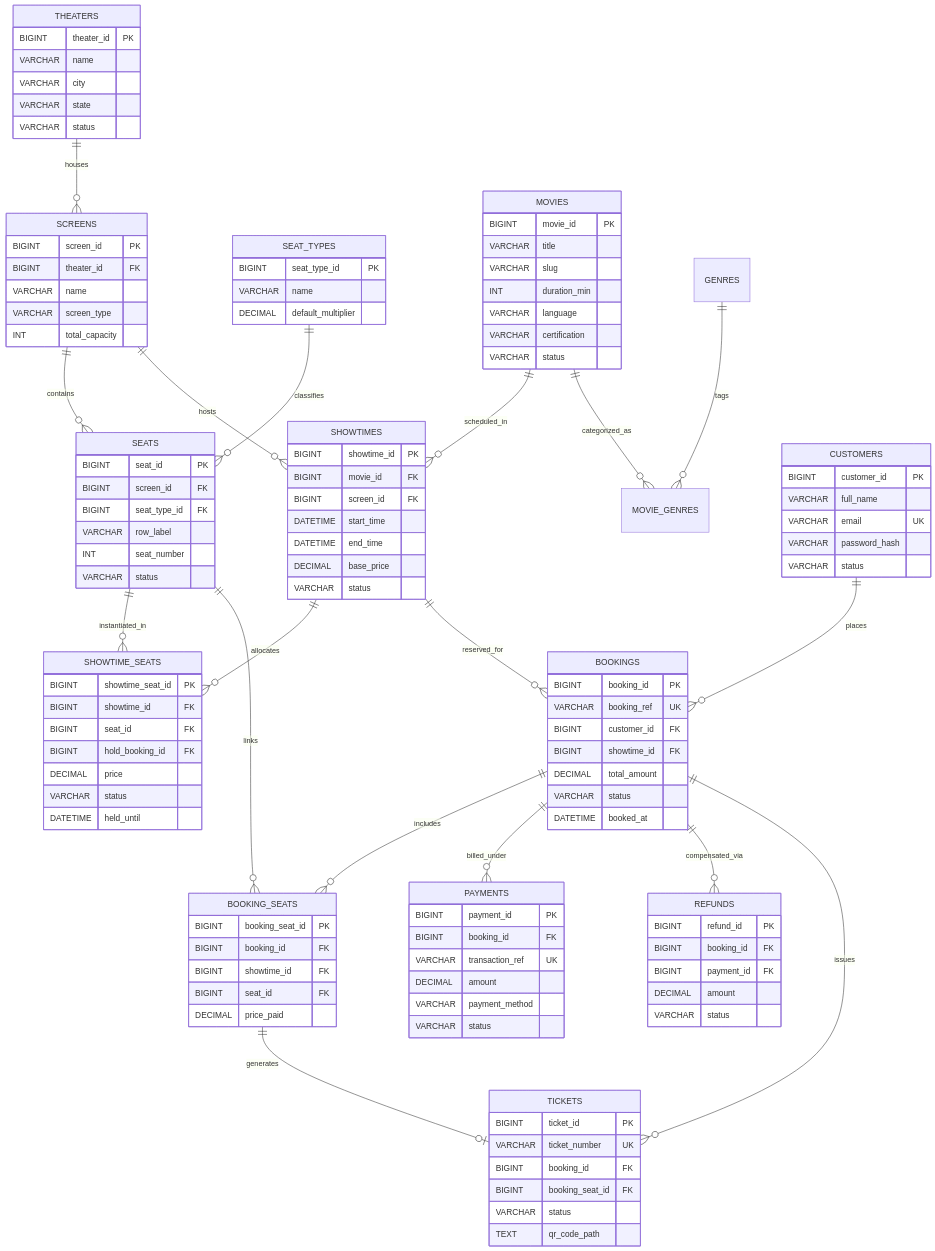
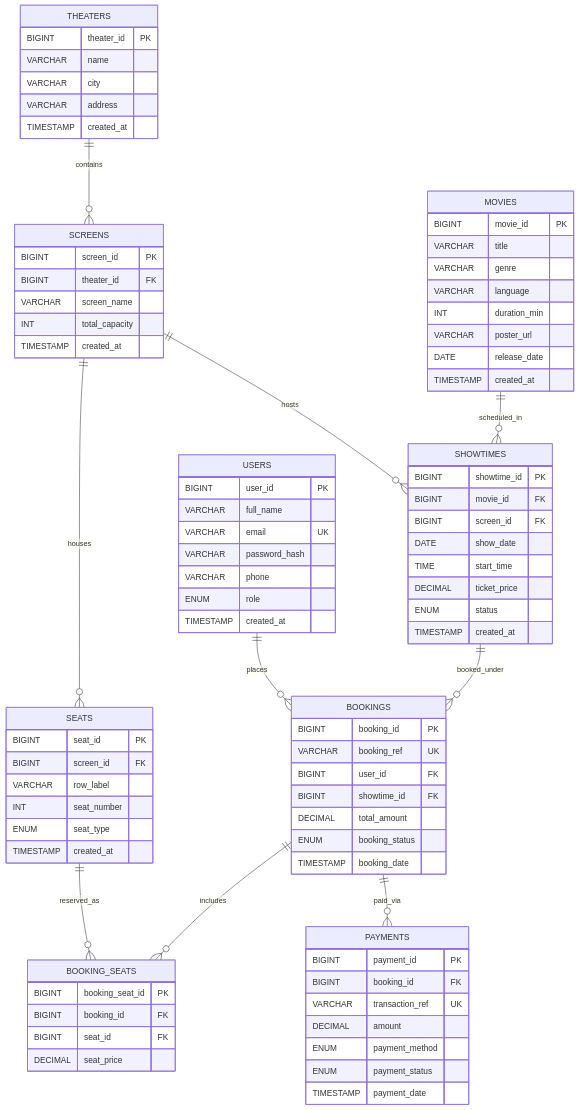
One commit to madhukarnitp/MovieThreaterSeatBookingManager changed the diagram in README.md. Above: the diagram before and after it, drawn with Mermaid. The commit also changed other lines of this file and 13 other files, not shown here.

Commit message:
Refine project implementation: simplify UI, fix navbar shake, and standardize DBMS schema

````diff
--- a/README.md
+++ b/README.md
@@ -240,121 +25,96 @@
 ```mermaid
 erDiagram
-    THEATERS ||--o{ SCREENS : "houses"
-    SCREENS ||--o{ SEATS : "contains"
+    THEATERS ||--o{ SCREENS : "contains"
+    SCREENS ||--o{ SEATS : "houses"
     SCREENS ||--o{ SHOWTIMES : "hosts"
-    SEAT_TYPES ||--o{ SEATS : "classifies"
     MOVIES ||--o{ SHOWTIMES : "scheduled_in"
-    MOVIES ||--o{ MOVIE_GENRES : "categorized_as"
-    GENRES ||--o{ MOVIE_GENRES : "tags"
-    SHOWTIMES ||--o{ SHOWTIME_SEATS : "allocates"
-    SEATS ||--o{ SHOWTIME_SEATS : "instantiated_in"
-    CUSTOMERS ||--o{ BOOKINGS : "places"
-    SHOWTIMES ||--o{ BOOKINGS : "reserved_for"
+    USERS ||--o{ BOOKINGS : "places"
+    SHOWTIMES ||--o{ BOOKINGS : "booked_under"
     BOOKINGS ||--o{ BOOKING_SEATS : "includes"
-    SEATS ||--o{ BOOKING_SEATS : "links"
-    BOOKINGS ||--o{ PAYMENTS : "billed_under"
-    BOOKINGS ||--o{ REFUNDS : "compensated_via"
-    BOOKINGS ||--o{ TICKETS : "issues"
-    BOOKING_SEATS ||--o| TICKETS : "generates"
+    SEATS ||--o{ BOOKING_SEATS : "reserved_as"
+    BOOKINGS ||--o{ PAYMENTS : "paid_via"
+
+    USERS {
+        BIGINT user_id PK
+        VARCHAR full_name
+        VARCHAR email UK
+        VARCHAR password_hash
+        VARCHAR phone
+        ENUM role
+        TIMESTAMP created_at
+    }
 
     THEATERS {
         BIGINT theater_id PK
         VARCHAR name
         VARCHAR city
-        VARCHAR state
-        VARCHAR status
+        VARCHAR address
+        TIMESTAMP created_at
     }
+
     SCREENS {
         BIGINT screen_id PK
         BIGINT theater_id FK
-        VARCHAR name
-        VARCHAR screen_type
+        VARCHAR screen_name
         INT total_capacity
+        TIMESTAMP created_at
     }
-    SEAT_TYPES {
-        BIGINT seat_type_id PK
-        VARCHAR name
-        DECIMAL default_multiplier
-    }
+
     SEATS {
         BIGINT seat_id PK
         BIGINT screen_id FK
-        BIGINT seat_type_id FK
         VARCHAR row_label
         INT seat_number
-        VARCHAR status
+        ENUM seat_type
+        TIMESTAMP created_at
     }
+
     MOVIES {
         BIGINT movie_id PK
         VARCHAR title
-        VARCHAR slug
+        VARCHAR genre
+        VARCHAR language
         INT duration_min
-        VARCHAR language
-        VARCHAR certification
-        VARCHAR status
+        VARCHAR poster_url
+        DATE release_date
+        TIMESTAMP created_at
     }
+
     SHOWTIMES {
         BIGINT showtime_id PK
         BIGINT movie_id FK
         BIGINT screen_id FK
-        DATETIME start_time
-        DATETIME end_time
-        DECIMAL base_price
-        VARCHAR status
+        DATE show_date
+        TIME start_time
+        DECIMAL ticket_price
+        ENUM status
+        TIMESTAMP created_at
     }
-    SHOWTIME_SEATS {
-        BIGINT showtime_seat_id PK
-        BIGINT showtime_id FK
-        BIGINT seat_id FK
-        BIGINT hold_booking_id FK
-        DECIMAL price
-        VARCHAR status
-        DATETIME held_until
-    }
-    CUSTOMERS {
-        BIGINT customer_id PK
-        VARCHAR full_name
-        VARCHAR email UK
-        VARCHAR password_hash
-        VARCHAR status
-    }
+
     BOOKINGS {
         BIGINT booking_id PK
         VARCHAR booking_ref UK
-        BIGINT customer_id FK
+        BIGINT user_id FK
         BIGINT showtime_id FK
         DECIMAL total_amount
-        VARCHAR status
-        DATETIME booked_at
+        ENUM booking_status
+        TIMESTAMP booking_date
     }
+
     BOOKING_SEATS {
         BIGINT booking_seat_id PK
         BIGINT booking_id FK
-        BIGINT showtime_id FK
         BIGINT seat_id FK
-        DECIMAL price_paid
+        DECIMAL seat_price
     }
+
     PAYMENTS {
         BIGINT payment_id PK
         BIGINT booking_id FK
         VARCHAR transaction_ref UK
         DECIMAL amount
-        VARCHAR payment_method
-        VARCHAR status
-    }
-    REFUNDS {
-        BIGINT refund_id PK
-        BIGINT booking_id FK
-        BIGINT payment_id FK
-        DECIMAL amount
-        VARCHAR status
-    }
-    TICKETS {
-        BIGINT ticket_id PK
-        VARCHAR ticket_number UK
-        BIGINT booking_id FK
-        BIGINT booking_seat_id FK
-        VARCHAR status
-        TEXT qr_code_path
+        ENUM payment_method
+        ENUM payment_status
+        TIMESTAMP payment_date
     }
 ```
````
